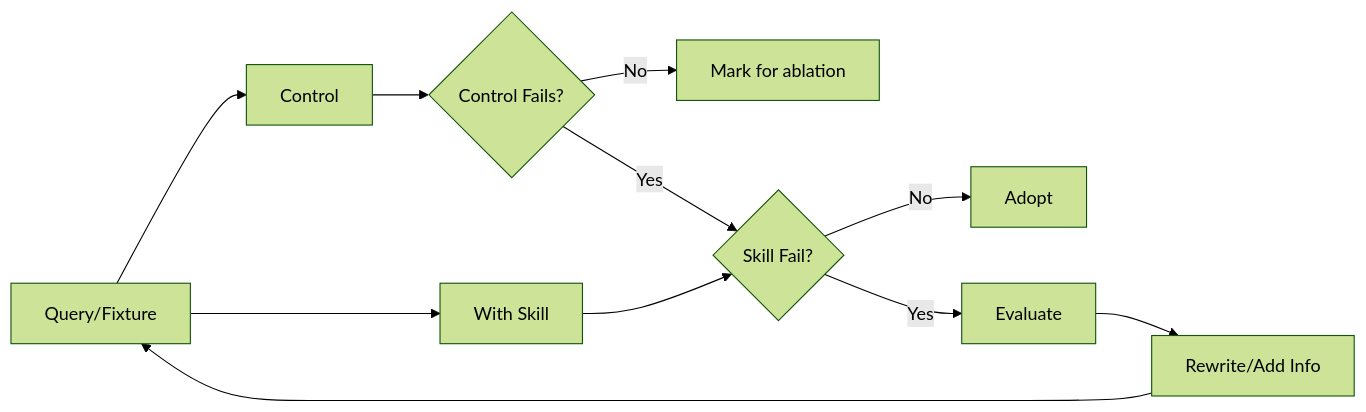
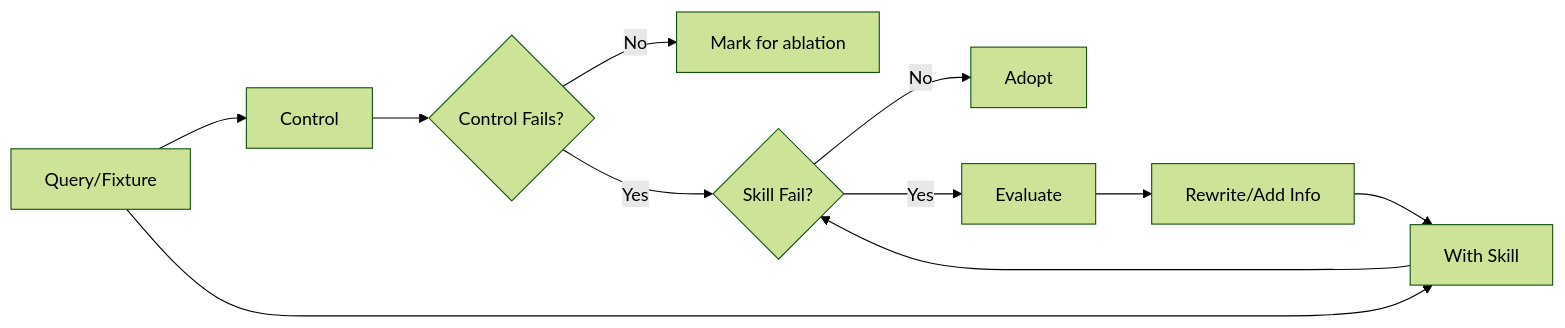
One commit to dczmer/dangerpowers changed the second of 4 diagrams in docs/writing-skills/part-3/README.md. Above: the diagram before and after it, drawn with Mermaid (forest theme). The commit also changed other lines of this file and 1 other file, not shown here.

````diff
--- a/docs/writing-skills/part-3/README.md
+++ b/docs/writing-skills/part-3/README.md
@@ -134,13 +136,13 @@
 ```mermaid
 flowchart LR
     Q[Query/Fixture] --> C[Control]
     Q --> SKILL[With Skill]
     C --> CF{Control Fails?}
     CF -->|No| ABLATION[Mark for ablation]
     CF -->|Yes| FAIL{Skill Fail?}
     SKILL --> FAIL
     FAIL -->|No| ADOPT[Adopt]
     FAIL -->|Yes| EVAL[Evaluate]
     EVAL --> EDIT[Rewrite/Add Info]
-    EDIT --> Q
+    EDIT --> SKILL
 ```
````
